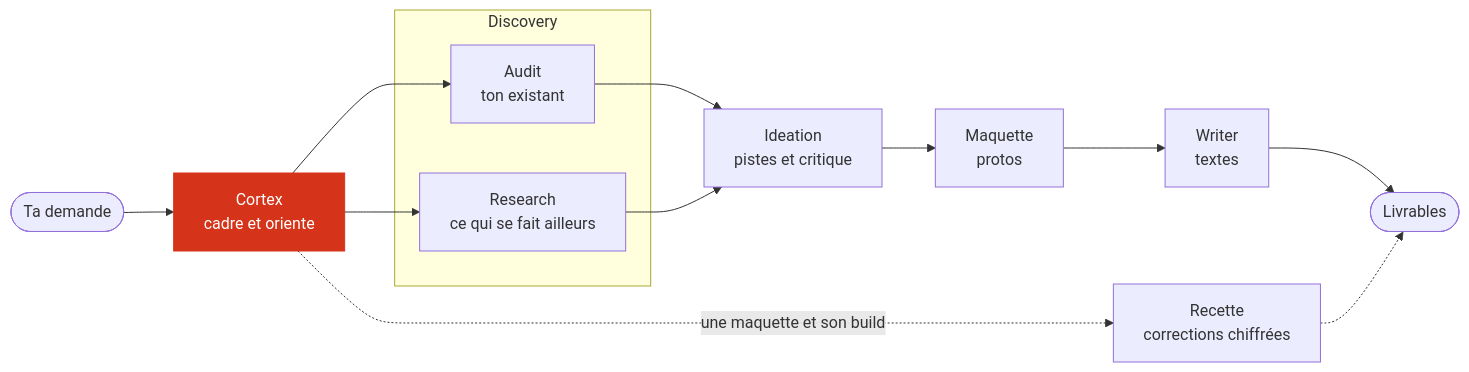
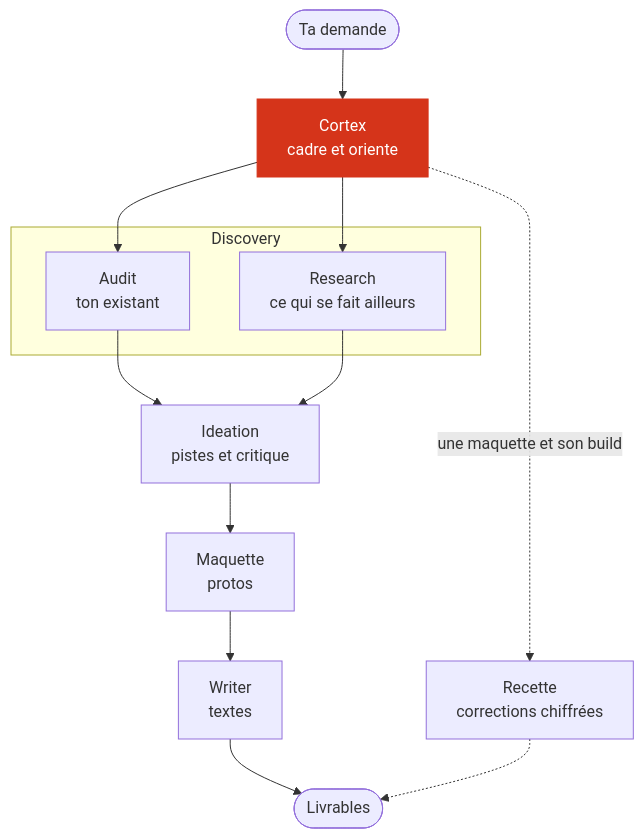
Before and after one commit to MCQX7/hydra-agent: the diagram in README.md, drawn with Mermaid.

Commit message:
README : schéma du flux en vertical

````diff
--- a/README.md
+++ b/README.md
@@ -32,19 +32,19 @@
 ```mermaid
-flowchart LR
+flowchart TB
   D([Ta demande]) --> C[Cortex<br/>cadre et oriente]
   subgraph Discovery
     A[Audit<br/>ton existant]
     R[Research<br/>ce qui se fait ailleurs]
   end
   C --> A
   C --> R
   A --> I[Ideation<br/>pistes et critique]
   R --> I
   I --> M[Maquette<br/>protos]
   M --> W[Writer<br/>textes]
   W --> L([Livrables])
   C -. une maquette et son build .-> RE[Recette<br/>corrections chiffrées]
   RE -.-> L
   classDef accent fill:#d5341a,stroke:#d5341a,color:#ffffff;
   class C accent;
 ```
````
